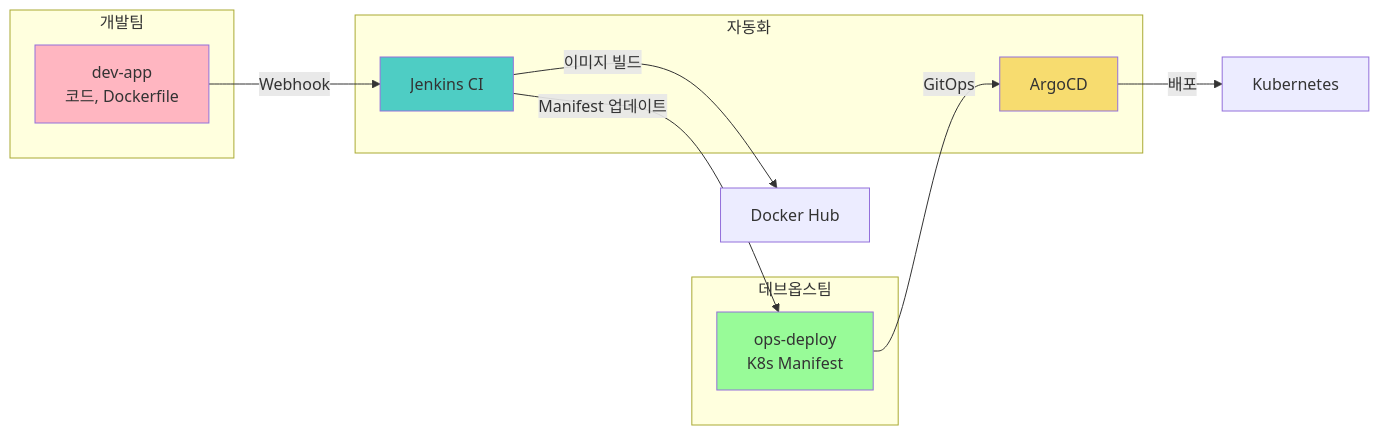
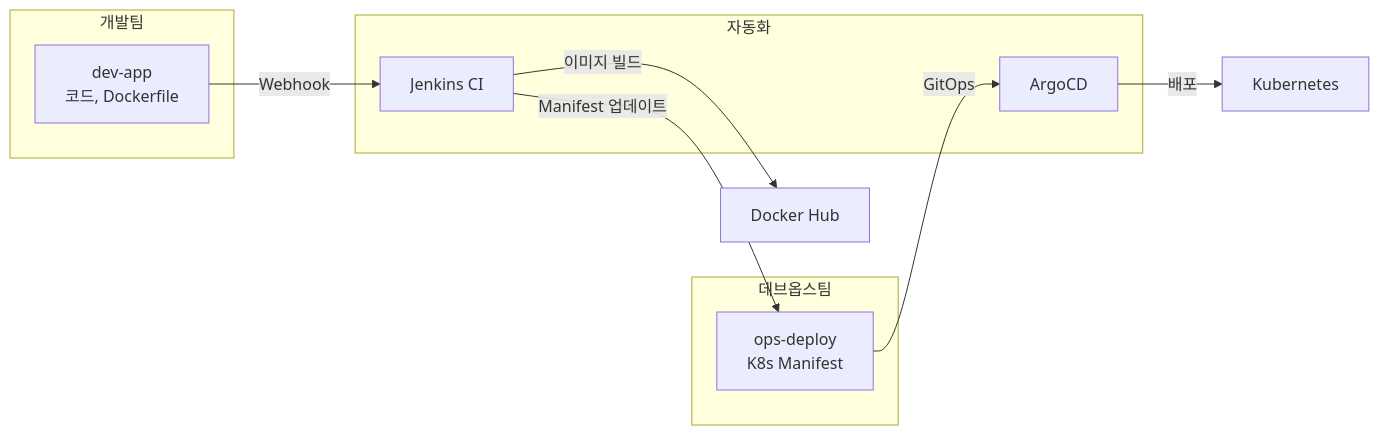
One commit to juwon8891/juwon8891.github.io changed diagram 11 of 11 in docs/cicd/week3-jenkins-argocd.md. Above: the diagram before and after it, drawn with Mermaid. The commit also changed other lines of this file and 18 other files, not shown here.

Commit message:
Remove bright colors from Mermaid diagrams for dark mode compatibility

````diff
--- a/docs/cicd/week3-jenkins-argocd.md
+++ b/docs/cicd/week3-jenkins-argocd.md
@@ -1950,26 +1913,22 @@
 ```mermaid
 graph LR
     subgraph "개발팀"
         DEV_REPO[dev-app<br/>코드, Dockerfile]
     end
 
     subgraph "데브옵스팀"
         OPS_REPO[ops-deploy<br/>K8s Manifest]
     end
 
     subgraph "자동화"
         JENKINS[Jenkins CI]
         ARGOCD[ArgoCD]
     end
 
     DEV_REPO -->|Webhook| JENKINS
     JENKINS -->|이미지 빌드| REGISTRY[Docker Hub]
     JENKINS -->|Manifest 업데이트| OPS_REPO
     OPS_REPO -->|GitOps| ARGOCD
     ARGOCD -->|배포| K8S[Kubernetes]
 
-    style DEV_REPO fill:#FFB6C1
-    style OPS_REPO fill:#98FB98
-    style JENKINS fill:#4ECDC4
-    style ARGOCD fill:#F7DC6F
 ```
````
